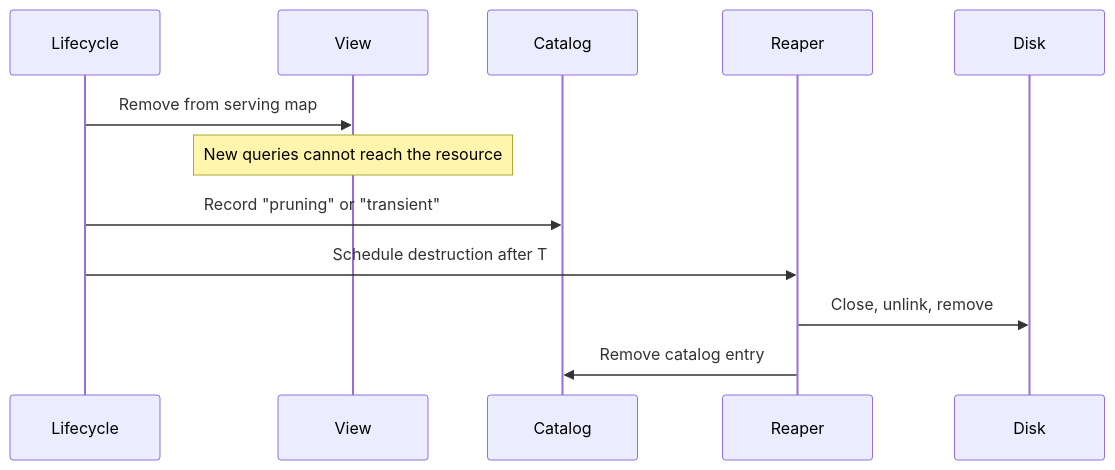
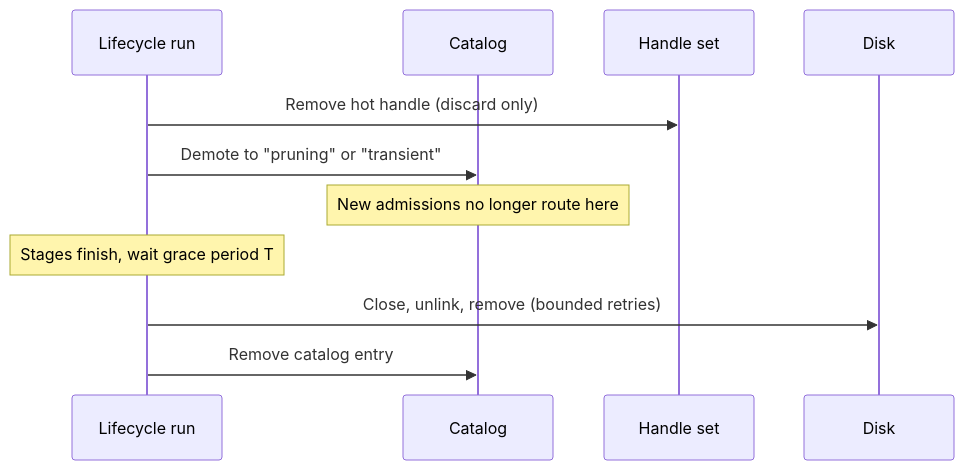
One commit to stellar/stellar-rpc changed the second of 2 diagrams in design-docs/query-routing-design.md. Above: the diagram before and after it, drawn with Mermaid. The commit also changed other lines of this file, not shown here.

First line of the commit message:
docs(full-history): route from catalog snapshots; fold deletion into the lifecycle

````diff
--- a/design-docs/query-routing-design.md
+++ b/design-docs/query-routing-design.md
@@ -233,15 +213,14 @@
 ```mermaid
 sequenceDiagram
-    participant L as Lifecycle
-    participant V as View
+    participant L as Lifecycle run
     participant C as Catalog
-    participant P as Reaper
+    participant H as Handle set
     participant FS as Disk
 
-    L->>V: Remove from serving map
-    Note over V: New queries cannot reach the resource
-    L->>C: Record "pruning" or "transient"
-    L->>P: Schedule destruction after T
-    P->>FS: Close, unlink, remove
-    P->>C: Remove catalog entry
+    L->>H: Remove hot handle (discard only)
+    L->>C: Demote to "pruning" or "transient"
+    Note over C: New admissions no longer route here
+    Note over L: Stages finish, wait grace period T
+    L->>FS: Close, unlink, remove (bounded retries)
+    L->>C: Remove catalog entry
 ```
````
